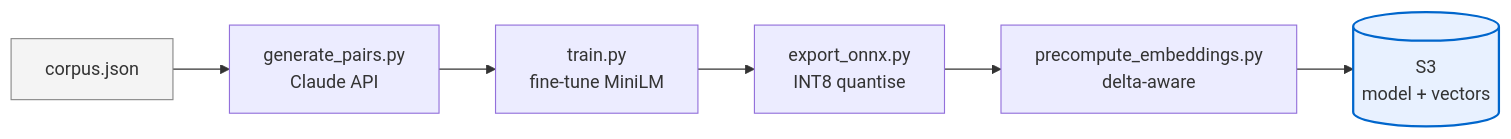
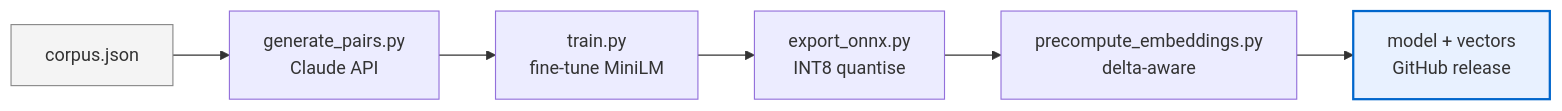
The diagram in presentation/diagrams/pipeline-offline.mmd (cchew/auto-search), drawn with Mermaid before and after one commit. The commit also changed 3 other files, not shown here.

```diff
--- a/presentation/diagrams/pipeline-offline.mmd
+++ b/presentation/diagrams/pipeline-offline.mmd
@@ -1,9 +1,9 @@
 graph LR
     A[corpus.json] --> B[generate_pairs.py<br/>Claude API]
     B --> C[train.py<br/>fine-tune MiniLM]
     C --> D[export_onnx.py<br/>INT8 quantise]
     D --> E[precompute_embeddings.py<br/>delta-aware]
-    E --> F[(S3<br/>model + vectors)]
+    E --> F[model + vectors<br/>GitHub release]
 
     style A fill:#f4f4f4,stroke:#888
     style F fill:#e8f1ff,stroke:#0066cc,stroke-width:2px
```
